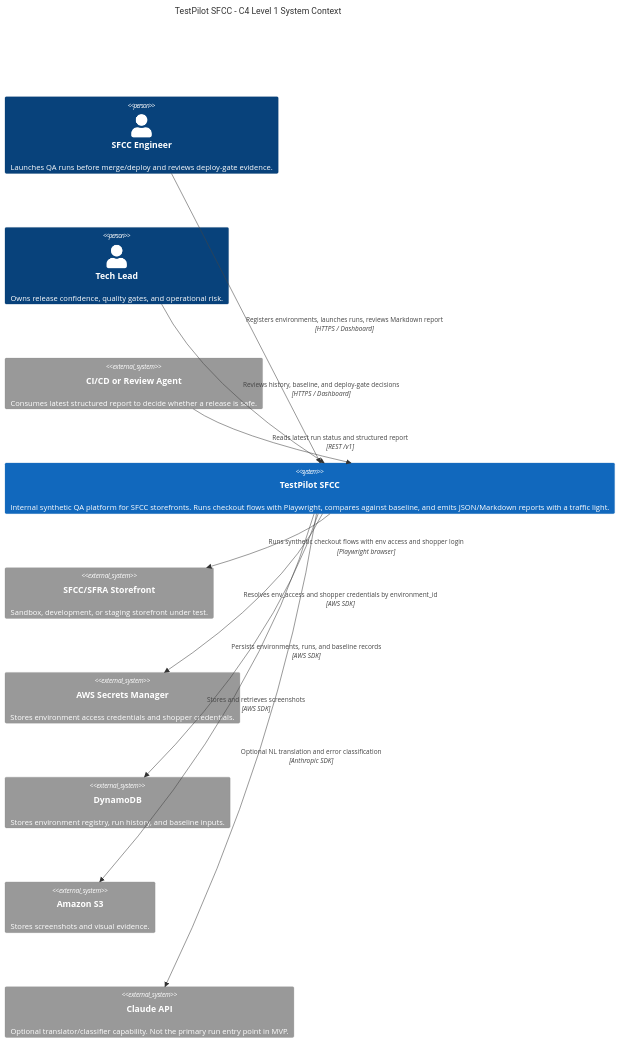
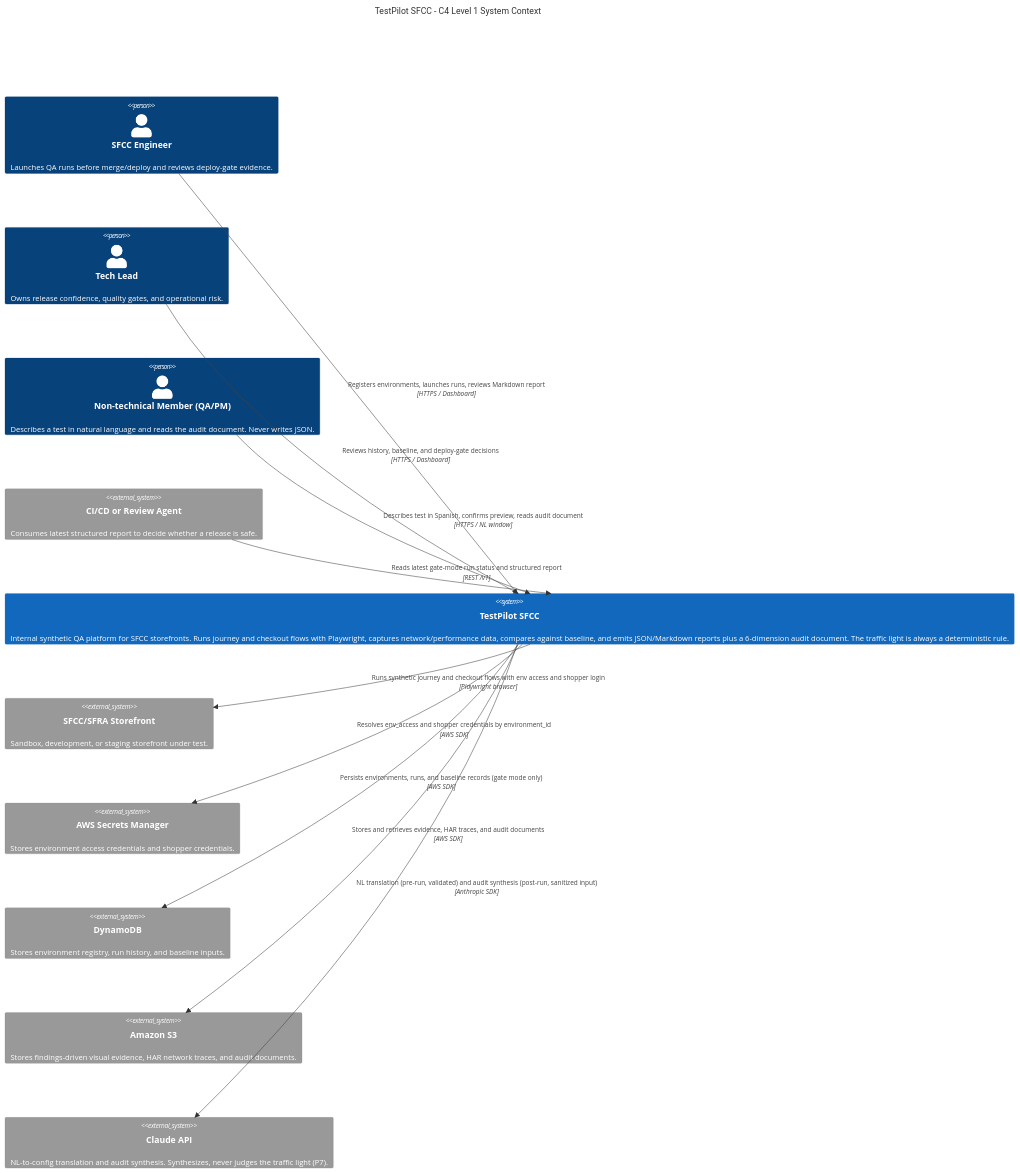
Before and after one commit to cristiancadiaz/TestPilot-SFCC: the first of 2 diagrams in aidlc-docs/inception/architecture/c4-diagrams.md, drawn with Mermaid. The commit also changed other lines of this file and 11 other files, not shown here.

First line of the commit message:
docs(construction): add wave-2 plans U5-U8 and realign architecture

````diff
--- a/aidlc-docs/inception/architecture/c4-diagrams.md
+++ b/aidlc-docs/inception/architecture/c4-diagrams.md
@@ -7,26 +11,28 @@
 ```mermaid
 C4Context
     title TestPilot SFCC - C4 Level 1 System Context
 
     Person(engineer, "SFCC Engineer", "Launches QA runs before merge/deploy and reviews deploy-gate evidence.")
     Person(techLead, "Tech Lead", "Owns release confidence, quality gates, and operational risk.")
+    Person(nonTech, "Non-technical Member (QA/PM)", "Describes a test in natural language and reads the audit document. Never writes JSON.")
     System_Ext(cicdAgent, "CI/CD or Review Agent", "Consumes latest structured report to decide whether a release is safe.")
 
-    System(testPilot, "TestPilot SFCC", "Internal synthetic QA platform for SFCC storefronts. Runs checkout flows with Playwright, compares against baseline, and emits JSON/Markdown reports with a traffic light.")
+    System(testPilot, "TestPilot SFCC", "Internal synthetic QA platform for SFCC storefronts. Runs journey and checkout flows with Playwright, captures network/performance data, compares against baseline, and emits JSON/Markdown reports plus a 6-dimension audit document. The traffic light is always a deterministic rule.")
 
     System_Ext(sfccStorefront, "SFCC/SFRA Storefront", "Sandbox, development, or staging storefront under test.")
     System_Ext(secretsManager, "AWS Secrets Manager", "Stores environment access credentials and shopper credentials.")
     System_Ext(dynamoDb, "DynamoDB", "Stores environment registry, run history, and baseline inputs.")
-    System_Ext(s3, "Amazon S3", "Stores screenshots and visual evidence.")
-    System_Ext(anthropic, "Claude API", "Optional translator/classifier capability. Not the primary run entry point in MVP.")
+    System_Ext(s3, "Amazon S3", "Stores findings-driven visual evidence, HAR network traces, and audit documents.")
+    System_Ext(anthropic, "Claude API", "NL-to-config translation and audit synthesis. Synthesizes, never judges the traffic light (P7).")
 
     Rel(engineer, testPilot, "Registers environments, launches runs, reviews Markdown report", "HTTPS / Dashboard")
     Rel(techLead, testPilot, "Reviews history, baseline, and deploy-gate decisions", "HTTPS / Dashboard")
-    Rel(cicdAgent, testPilot, "Reads latest run status and structured report", "REST /v1")
+    Rel(nonTech, testPilot, "Describes test in Spanish, confirms preview, reads audit document", "HTTPS / NL window")
+    Rel(cicdAgent, testPilot, "Reads latest gate-mode run status and structured report", "REST /v1")
 
-    Rel(testPilot, sfccStorefront, "Runs synthetic checkout flows with env access and shopper login", "Playwright browser")
+    Rel(testPilot, sfccStorefront, "Runs synthetic journey and checkout flows with env access and shopper login", "Playwright browser")
     Rel(testPilot, secretsManager, "Resolves env_access and shopper credentials by environment_id", "AWS SDK")
-    Rel(testPilot, dynamoDb, "Persists environments, runs, and baseline records", "AWS SDK")
-    Rel(testPilot, s3, "Stores and retrieves screenshots", "AWS SDK")
-    Rel(testPilot, anthropic, "Optional NL translation and error classification", "Anthropic SDK")
+    Rel(testPilot, dynamoDb, "Persists environments, runs, and baseline records (gate mode only)", "AWS SDK")
+    Rel(testPilot, s3, "Stores and retrieves evidence, HAR traces, and audit documents", "AWS SDK")
+    Rel(testPilot, anthropic, "NL translation (pre-run, validated) and audit synthesis (post-run, sanitized input)", "Anthropic SDK")
 ```
````
